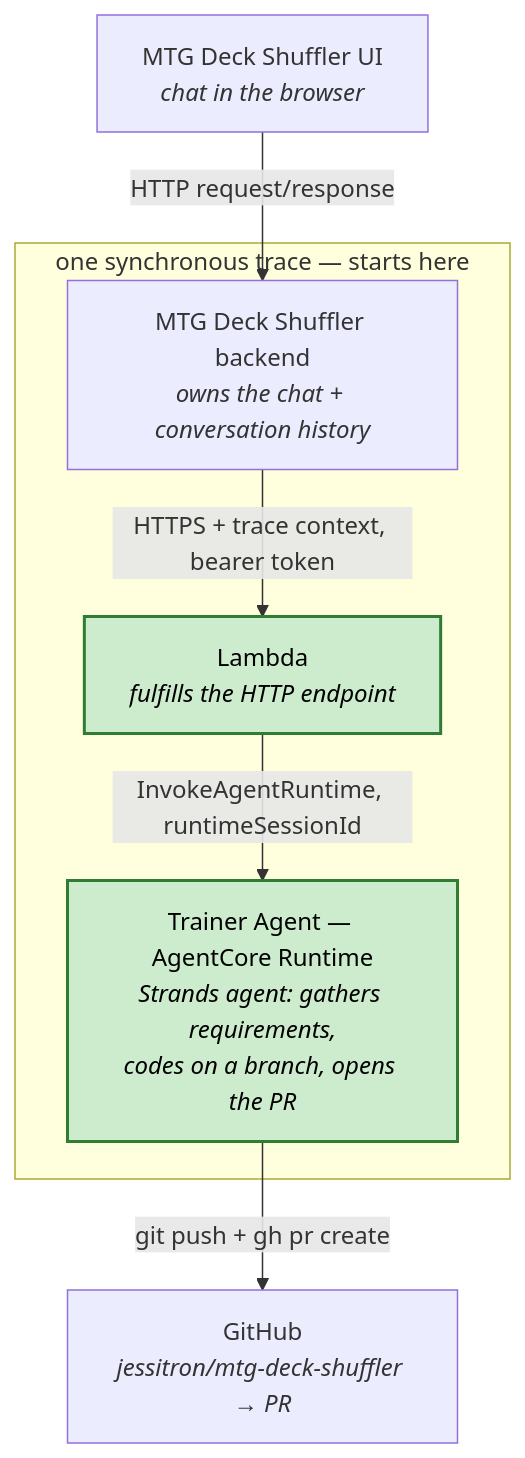
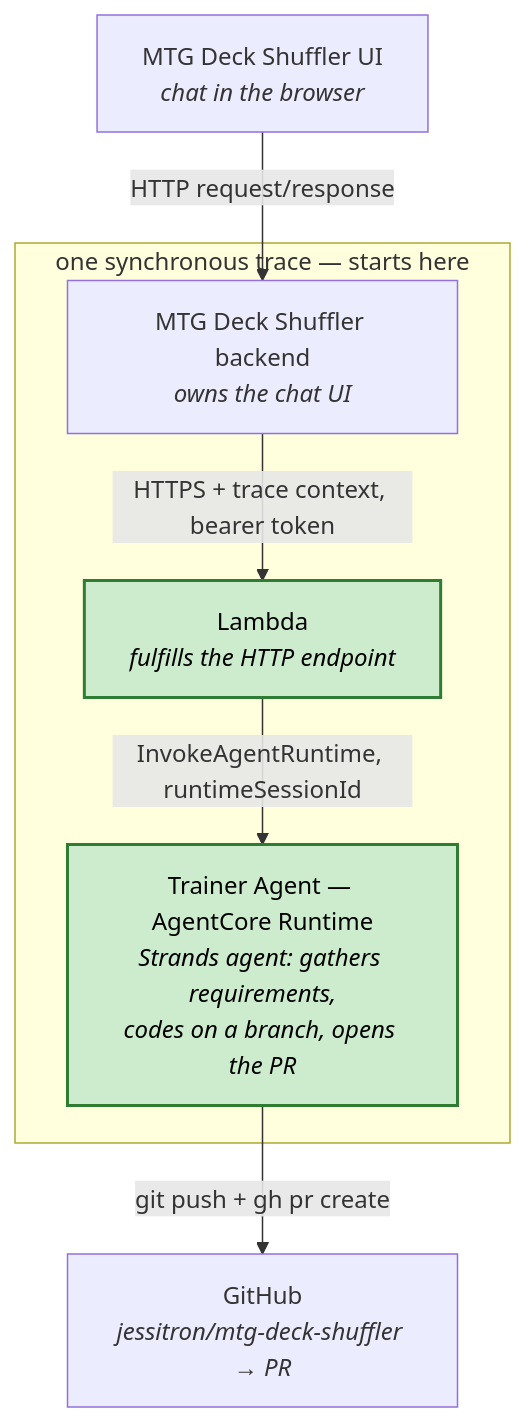
One commit to jessitron/small-coding-agent changed the diagram in README.md. Above: the diagram before and after it, drawn with Mermaid. The commit also changed other lines of this file and 3 other files, not shown here.

Commit message:
Drop conversation-history-in-backend claim from docs - claude

````diff
--- a/README.md
+++ b/README.md
@@ -12,18 +12,18 @@
 ```mermaid
 flowchart TD
     UI["MTG Deck Shuffler UI<br/><i>chat in the browser</i>"]
     subgraph trace["one synchronous trace — starts here"]
-        Backend["MTG Deck Shuffler backend<br/><i>owns the chat + conversation history</i>"]
+        Backend["MTG Deck Shuffler backend<br/><i>owns the chat UI</i>"]
         Lambda["Lambda<br/><i>fulfills the HTTP endpoint</i>"]
         Agent["Trainer Agent — AgentCore Runtime<br/><i>Strands agent: gathers requirements,<br/>codes on a branch, opens the PR</i>"]
     end
     GitHub["GitHub<br/><i>jessitron/mtg-deck-shuffler → PR</i>"]
 
     UI -->|HTTP request/response| Backend
     Backend -->|HTTPS + trace context, bearer token| Lambda
     Lambda -->|InvokeAgentRuntime, runtimeSessionId| Agent
     Agent -->|git push + gh pr create| GitHub
 
     classDef inRepo fill:#cdeccd,stroke:#2e7d32,stroke-width:2px,color:#000;
     class Lambda,Agent inRepo;
 ```
````
